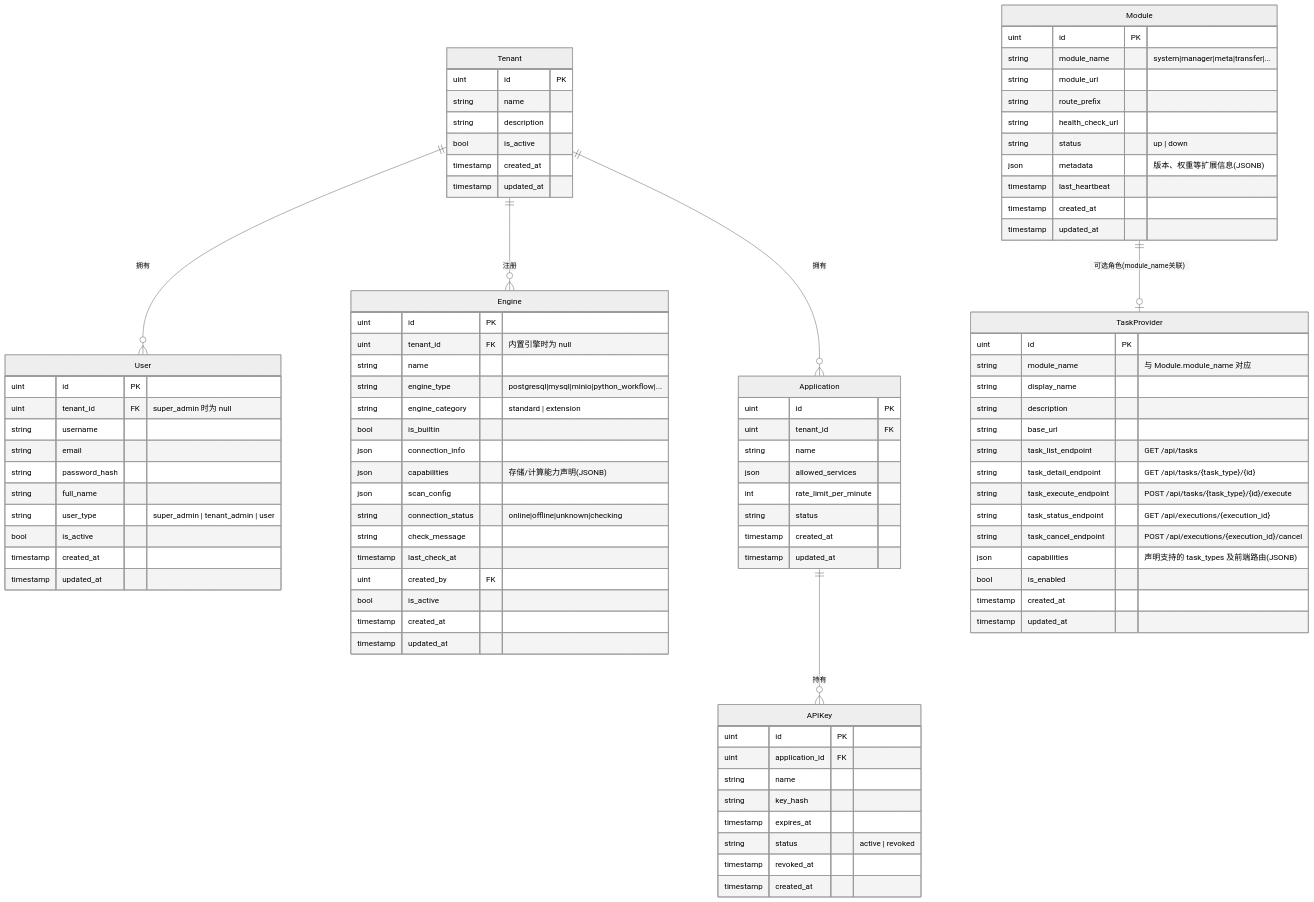
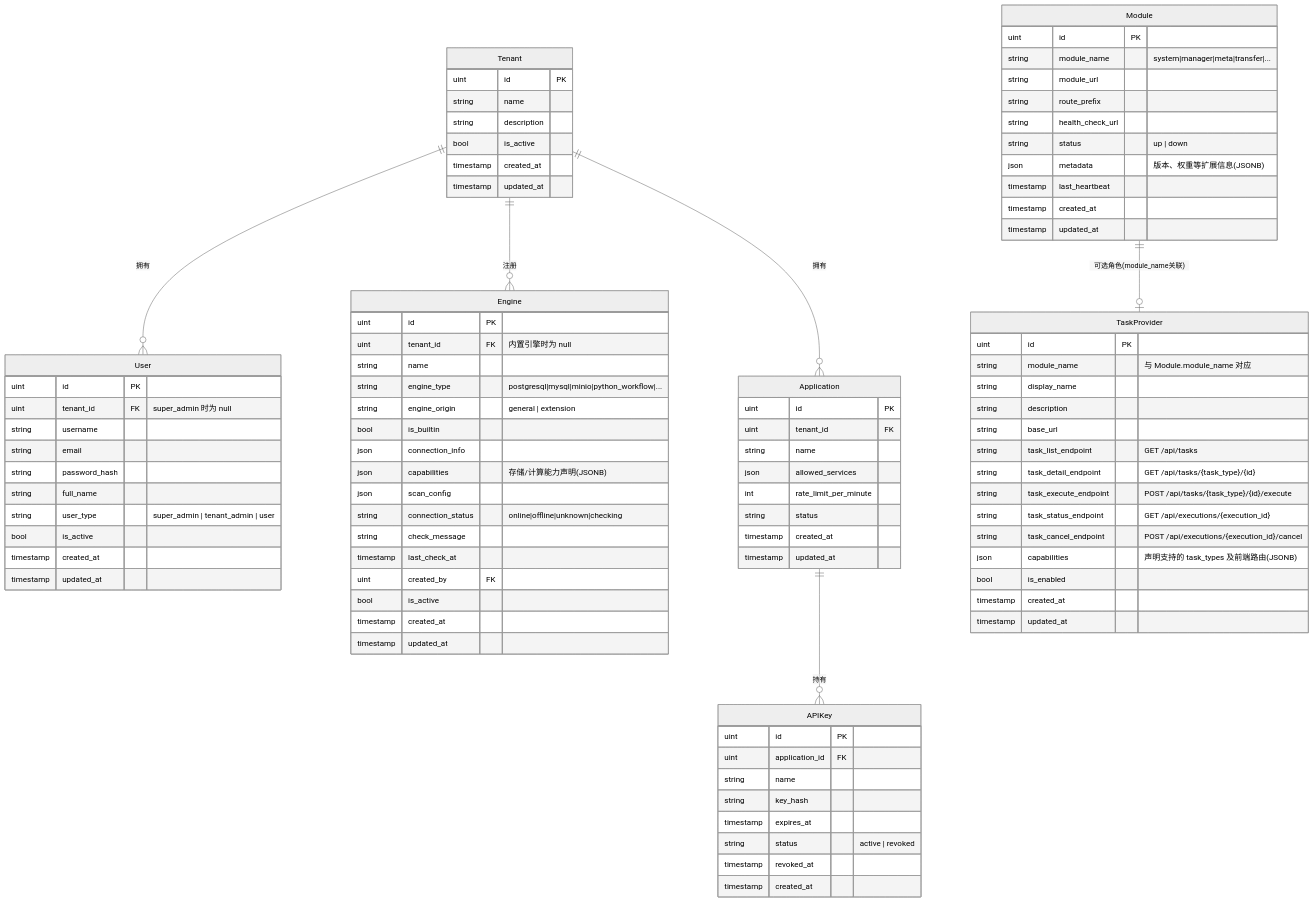
The first of 9 diagrams in docs/concepts/addp核心对象ER图（元模型）.md (pampa0629/addp), drawn with Mermaid (neutral theme) before and after one commit. The commit also changed other lines of this file and 27 other files, not shown here.

```diff
--- a/docs/concepts/addp核心对象ER图（元模型）.md
+++ b/docs/concepts/addp核心对象ER图（元模型）.md
@@ -217,7 +217,7 @@
         uint tenant_id FK "内置引擎时为 null"
         string name
         string engine_type "postgresql|mysql|minio|python_workflow|..."
-        string engine_category "standard | extension"
+        string engine_origin "general | extension"
         bool is_builtin
         json connection_info
         json capabilities "存储/计算能力声明(JSONB)"
```
